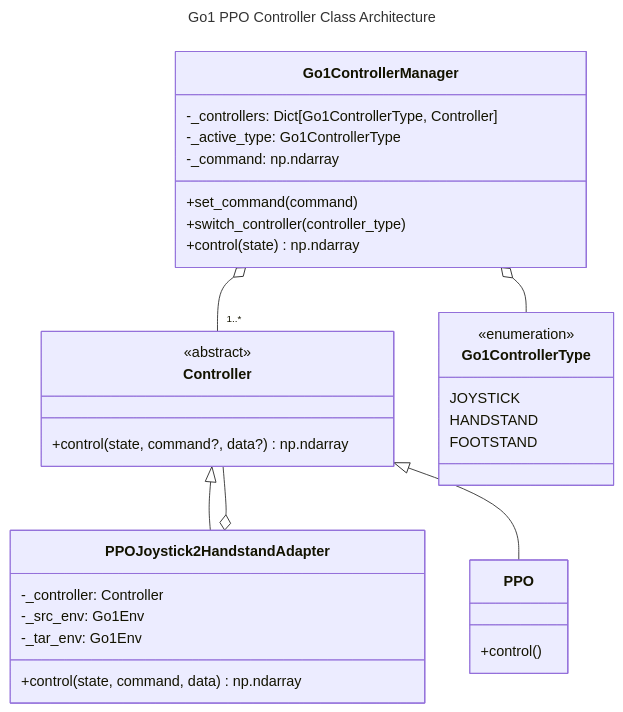
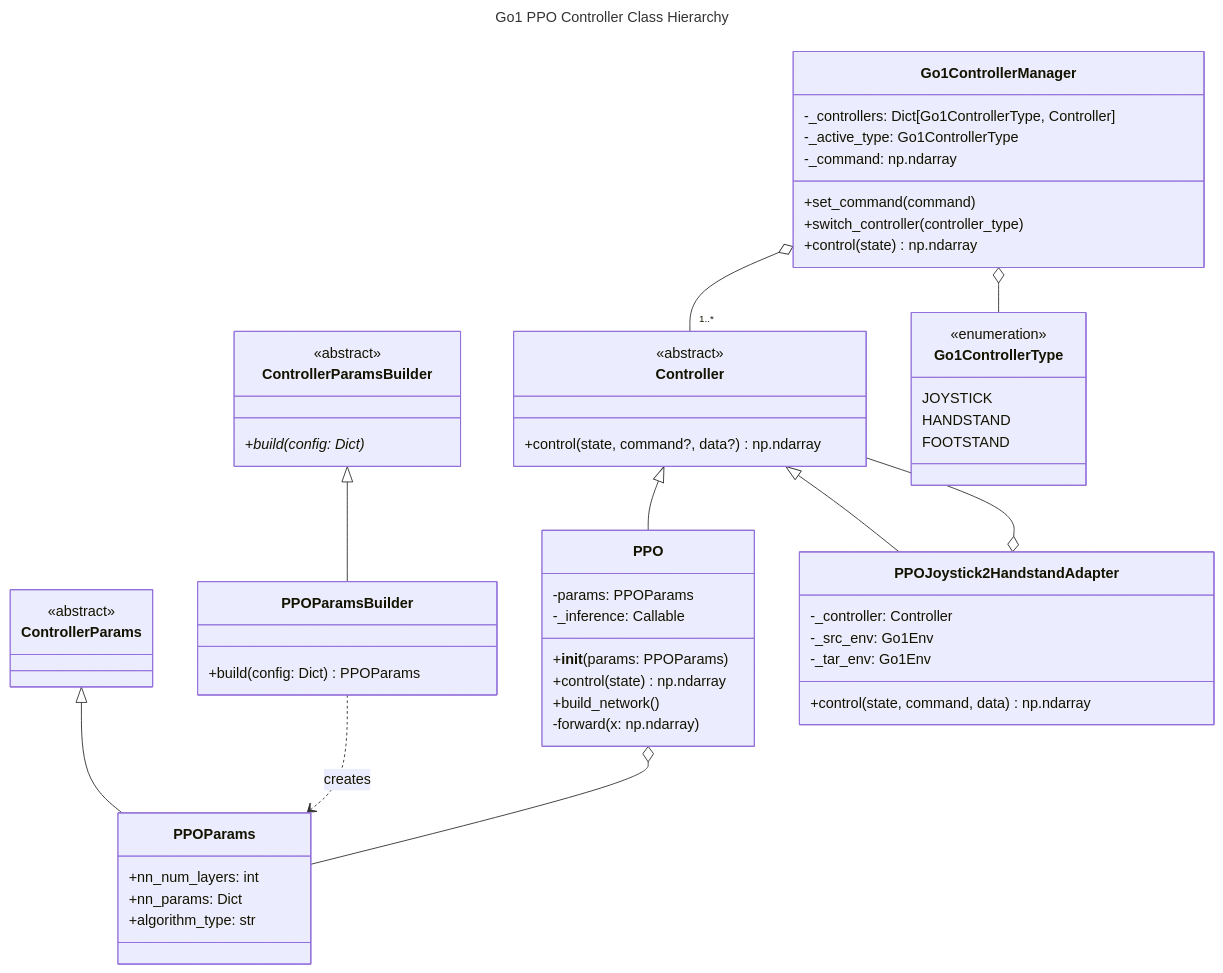
One commit to shaoanlu/control_system_project_template changed the diagram in examples/mujoco_Go1/README.md. Above: the diagram before and after it, drawn with Mermaid.

````diff
--- a/examples/mujoco_Go1/README.md
+++ b/examples/mujoco_Go1/README.md
@@ -30,43 +30,71 @@
 ```mermaid
 ---
-title: Go1 PPO Controller Class Architecture
+title: Go1 PPO Controller Class Hierarchy
 ---
 classDiagram
     class Controller {
         <<abstract>>
         +control(state, command?, data?) np.ndarray
+    }
+
+    class ControllerParams {
+        <<abstract>>
+    }
+
+    class ControllerParamsBuilder {
+        <<abstract>>
+        +build(config: Dict)*
+    }
+
+    class PPOParams {
+        +nn_num_layers: int
+        +nn_params: Dict
+        +algorithm_type: str
+    }
+
+    class PPOParamsBuilder {
+        +build(config: Dict) PPOParams
+    }
+
+    class PPO {
+        -params: PPOParams
+        -_inference: Callable
+        +__init__(params: PPOParams)
+        +control(state) np.ndarray
+        +build_network()
+        -forward(x: np.ndarray)
     }
 
     class Go1ControllerType {
         <<enumeration>>
         JOYSTICK
         HANDSTAND
         FOOTSTAND
     }
 
     class PPOJoystick2HandstandAdapter {
         -_controller: Controller
         -_src_env: Go1Env
         -_tar_env: Go1Env
         +control(state, command, data) np.ndarray
     }
 
     class Go1ControllerManager {
         -_controllers: Dict[Go1ControllerType, Controller]
         -_active_type: Go1ControllerType
         -_command: np.ndarray
         +set_command(command)
         +switch_controller(controller_type)
         +control(state) np.ndarray
     }
 
-    class PPO {
-        +control()
-    }
-
     Controller <|-- PPOJoystick2HandstandAdapter
     Controller <|-- PPO
     PPOJoystick2HandstandAdapter o-- Controller
     Go1ControllerManager o-- "1..*" Controller
     Go1ControllerManager o-- Go1ControllerType
+    ControllerParams <|-- PPOParams
+    ControllerParamsBuilder <|-- PPOParamsBuilder
+    PPOParamsBuilder ..> PPOParams : creates
+    PPO o-- PPOParams
 ```
````
